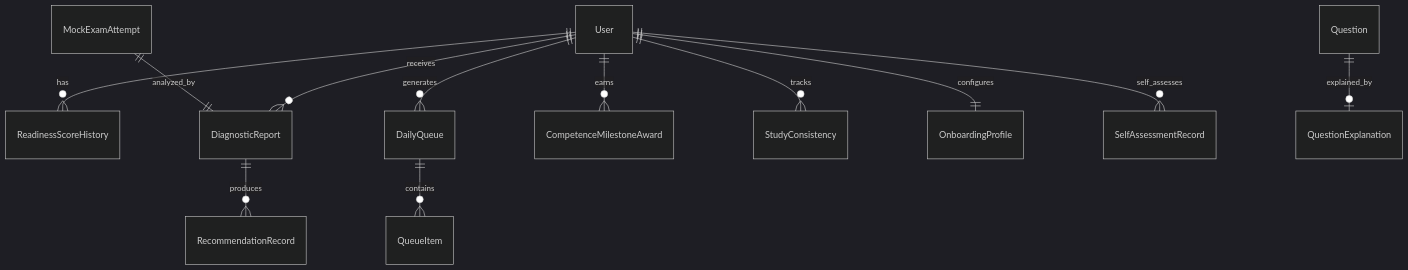
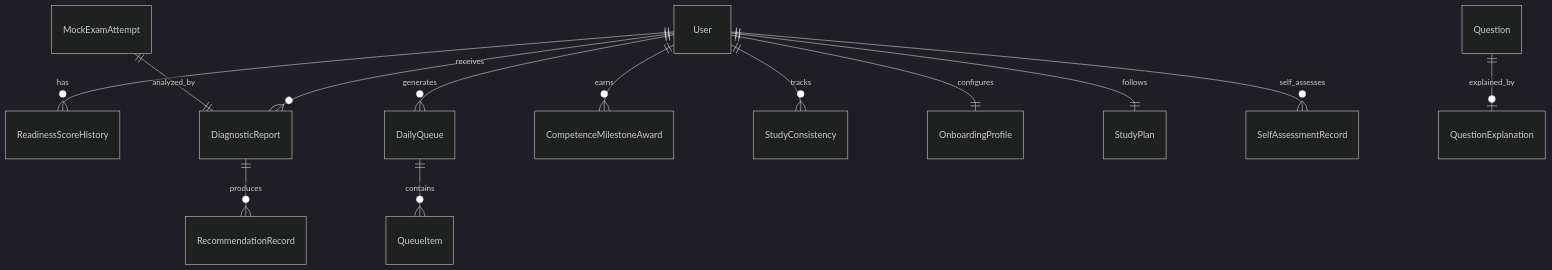
The third of 3 diagrams in .kiro/specs/intelligent-learning-engine/design.md (jamesfontanilla/csnexus), drawn with Mermaid (dark theme) before and after one commit. The commit also changed other lines of this file and 69 other files, not shown here.

````diff
--- a/.kiro/specs/intelligent-learning-engine/design.md
+++ b/.kiro/specs/intelligent-learning-engine/design.md
@@ -446,14 +446,15 @@
 ```mermaid
 erDiagram
     User ||--o{ ReadinessScoreHistory : has
     User ||--o{ DailyQueue : generates
     User ||--o{ DiagnosticReport : receives
     User ||--o{ CompetenceMilestoneAward : earns
     User ||--o{ StudyConsistency : tracks
     User ||--|| OnboardingProfile : configures
+    User ||--|| StudyPlan : follows
     User ||--o{ SelfAssessmentRecord : self_assesses
     DailyQueue ||--o{ QueueItem : contains
     DiagnosticReport ||--o{ RecommendationRecord : produces
     MockExamAttempt ||--|| DiagnosticReport : analyzed_by
     Question ||--o| QuestionExplanation : explained_by
 ```
````
